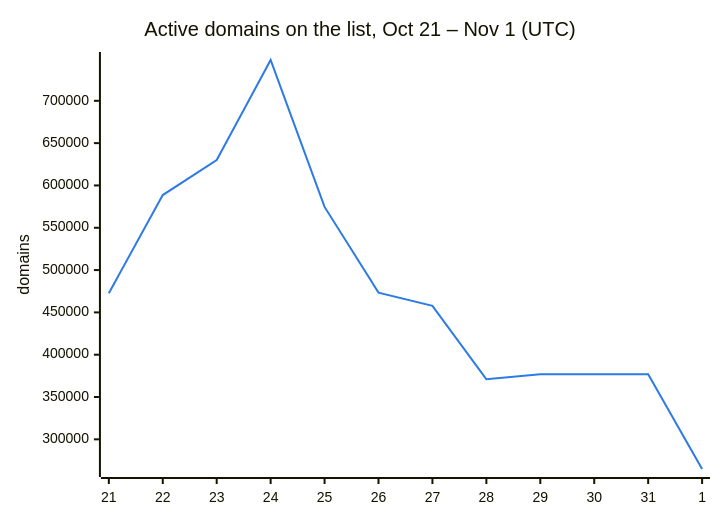
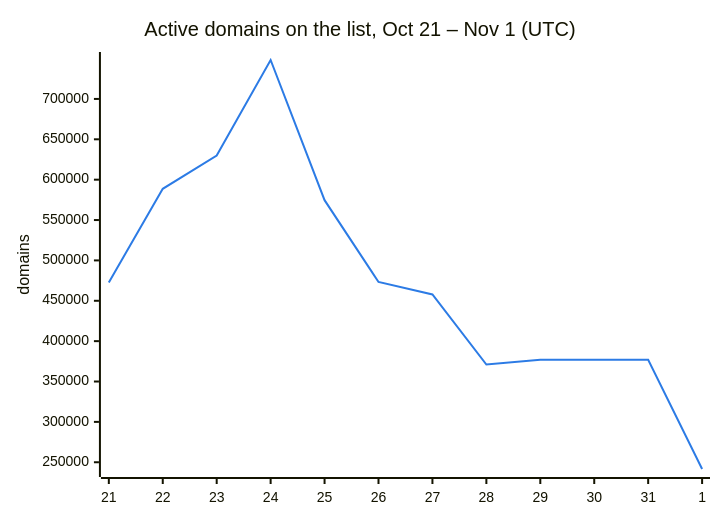
The second of 3 diagrams in README.md (DNSBunker/CTI), drawn with Mermaid before and after one commit. The commit also changed other lines of this file and 3 other files, not shown here.

````diff
--- a/README.md
+++ b/README.md
@@ -38,8 +38,8 @@
 ```mermaid
 %%{init: {"themeVariables": {"xyChart": {"plotColorPalette": "#2c7be5"}}}}%%
 xychart-beta
     title "Active domains on the list, Oct 21 – Nov 1 (UTC)"
     x-axis ["21", "22", "23", "24", "25", "26", "27", "28", "29", "30", "31", "1"]
     y-axis "domains"
-    line [472713, 588659, 629951, 748222, 574614, 473331, 457795, 371010, 376945, 376945, 376945, 264949]
+    line [472713, 588659, 629951, 748222, 574614, 473331, 457795, 371010, 376945, 376945, 376945, 241642]
 ```
````
